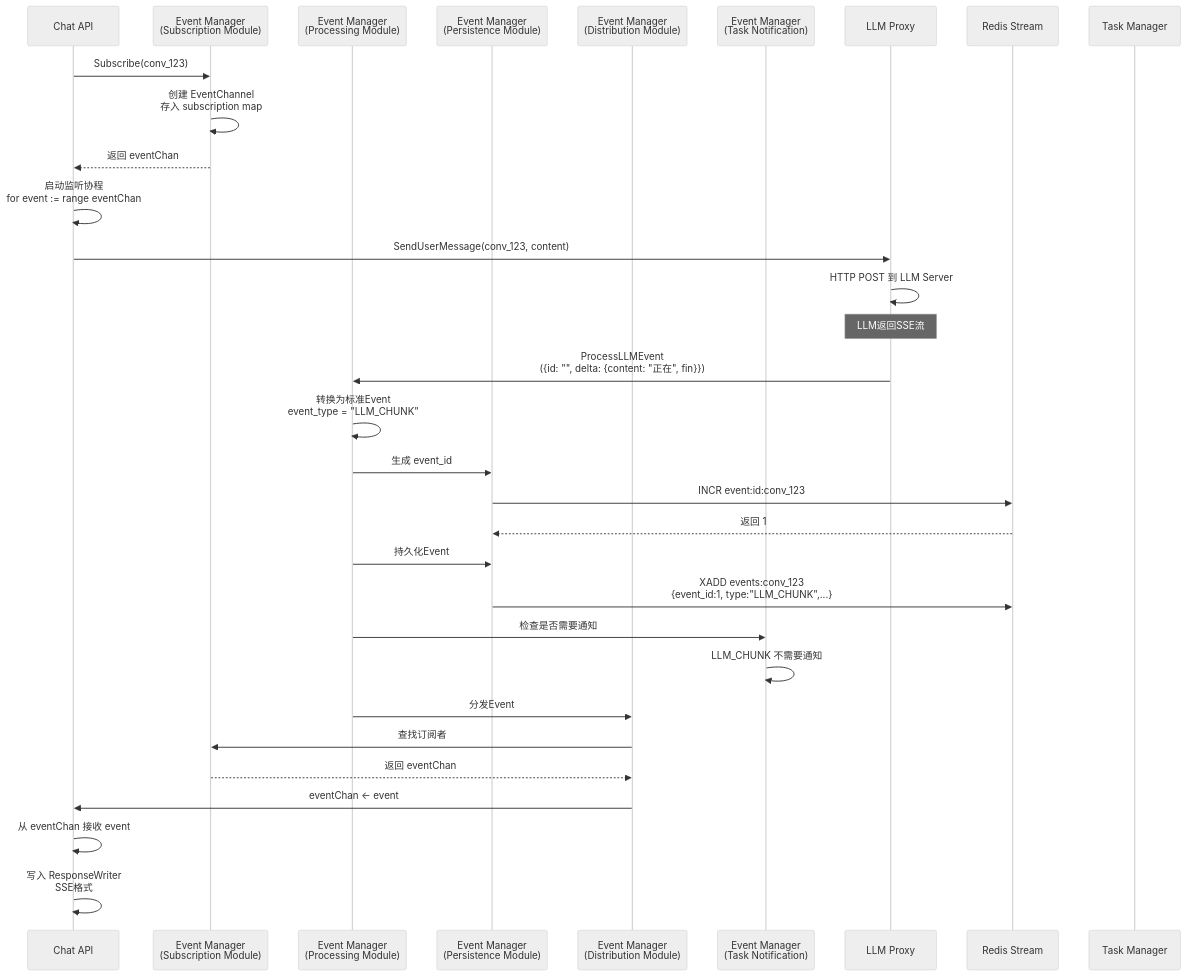
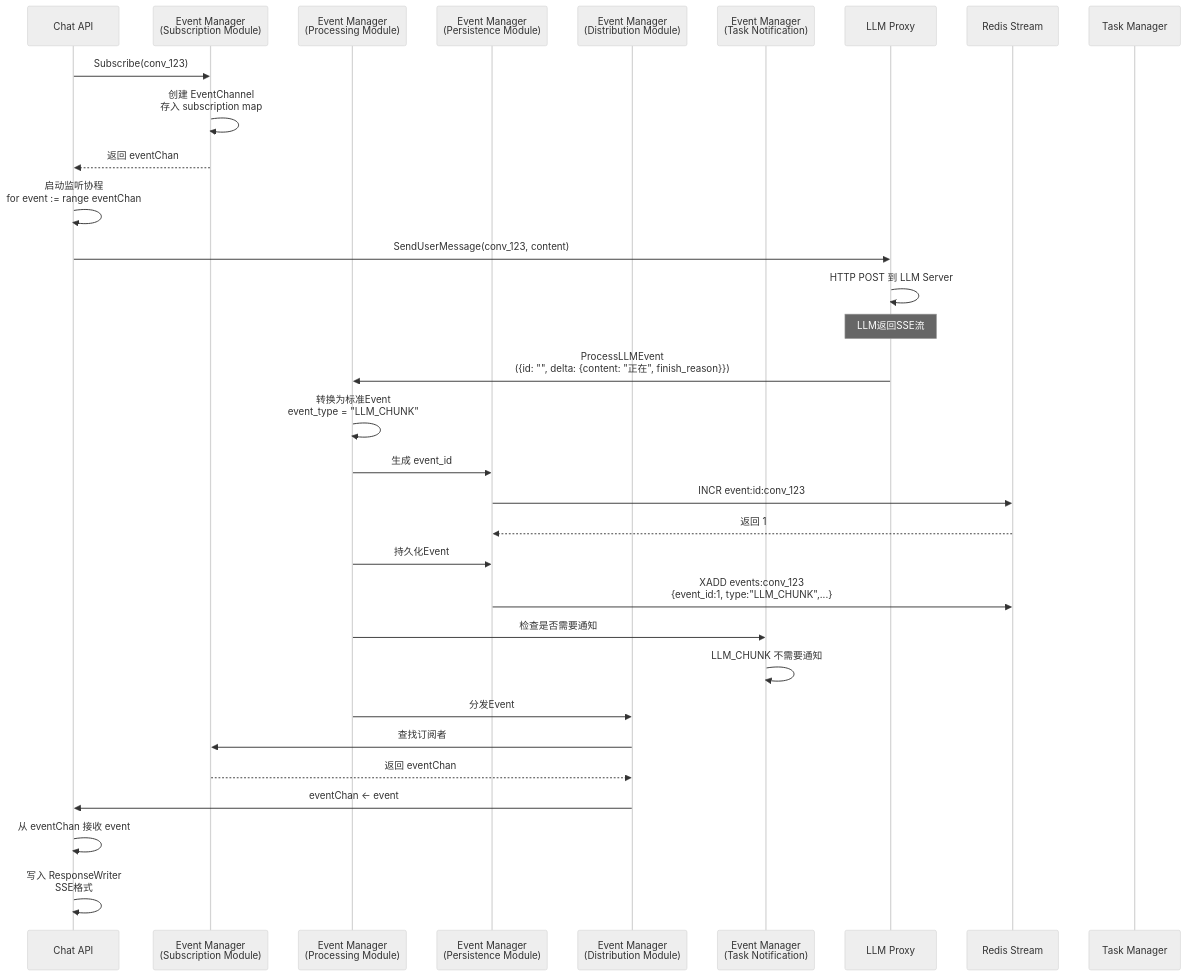
Before and after one commit to yingjianzh/iodraw-files: the diagram in all/未命名-10.md, drawn with Mermaid (neutral theme).

Commit message:
2025-12-22 17:29:05 update

````diff
--- a/all/未命名-10.md
+++ b/all/未命名-10.md
@@ -1,44 +1,44 @@
 ```mermaid
 sequenceDiagram
     participant ChatAPI as Chat API
     participant EventMgr as Event Manager<br/>(Subscription Module)
     participant EventProc as Event Manager<br/>(Processing Module)
     participant Persist as Event Manager<br/>(Persistence Module)
     participant Distrib as Event Manager<br/>(Distribution Module)
     participant TaskNotif as Event Manager<br/>(Task Notification)
     participant LLMProxy as LLM Proxy
     participant Redis as Redis Stream
     participant TaskMgr as Task Manager
 
     ChatAPI->>EventMgr: Subscribe(conv_123)
     EventMgr->>EventMgr: 创建 EventChannel<br/>存入 subscription map
     EventMgr-->>ChatAPI: 返回 eventChan
 
     ChatAPI->>ChatAPI: 启动监听协程<br/>for event := range eventChan
     
     ChatAPI->>LLMProxy: SendUserMessage(conv_123, content)
     LLMProxy->>LLMProxy: HTTP POST 到 LLM Server
 
     Note over LLMProxy: LLM返回SSE流
 
-    LLMProxy->>EventProc: ProcessLLMEvent<br/>({id: "", delta: {content: "正在", fin}})
+    LLMProxy->>EventProc: ProcessLLMEvent<br/>({id: "", delta: {content: "正在", finish_reason}})
     
     EventProc->>EventProc: 转换为标准Event<br/>event_type = "LLM_CHUNK"
     EventProc->>Persist: 生成 event_id
     Persist->>Redis: INCR event:id:conv_123
     Redis-->>Persist: 返回 1
     
     EventProc->>Persist: 持久化Event
     Persist->>Redis: XADD events:conv_123<br/>{event_id:1, type:"LLM_CHUNK",...}
     
     EventProc->>TaskNotif: 检查是否需要通知
     TaskNotif->>TaskNotif: LLM_CHUNK 不需要通知
     
     EventProc->>Distrib: 分发Event
     Distrib->>EventMgr: 查找订阅者
     EventMgr-->>Distrib: 返回 eventChan
     Distrib->>ChatAPI: eventChan <- event
     
     ChatAPI->>ChatAPI: 从 eventChan 接收 event
     ChatAPI->>ChatAPI: 写入 ResponseWriter<br/>SSE格式
 ```
````
